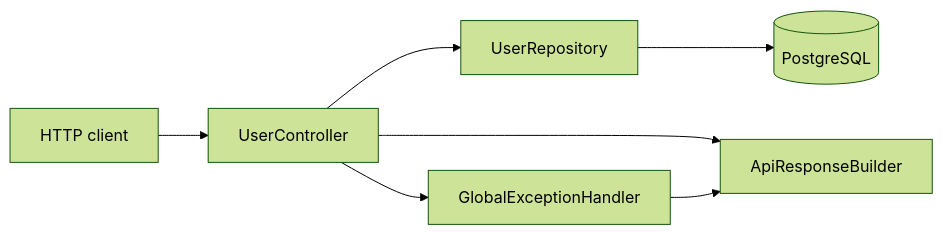
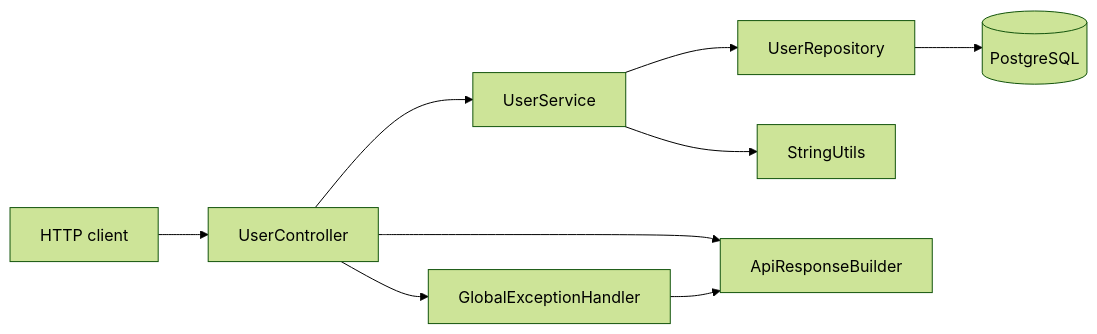
One commit to DKLokeswaran/db-backend changed the diagram in docs/README.md. Above: the diagram before and after it, drawn with Mermaid (forest theme). The commit also changed 15 other files, not shown here.

````diff
--- a/docs/README.md
+++ b/docs/README.md
@@ -31,9 +31,11 @@
 ```mermaid
 flowchart LR
   Client[HTTP client] --> Controller[UserController]
-  Controller --> Repo[UserRepository]
+  Controller --> Service[UserService]
+  Service --> Repo[UserRepository]
+  Service --> StringUtils[StringUtils]
   Controller --> Util[ApiResponseBuilder]
   Controller --> EH[GlobalExceptionHandler]
   Repo --> DB[(PostgreSQL)]
   EH --> Util
 ```
````
